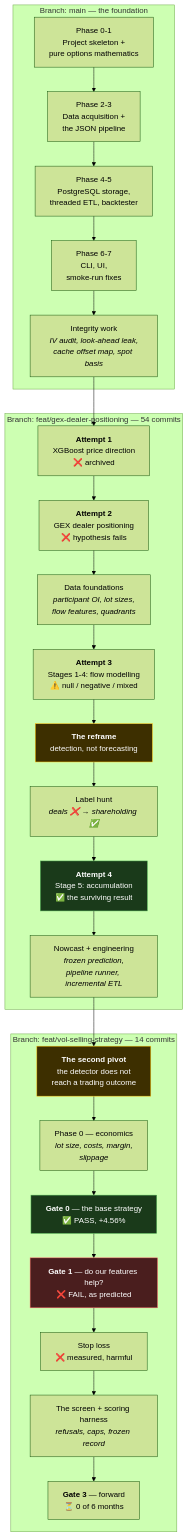
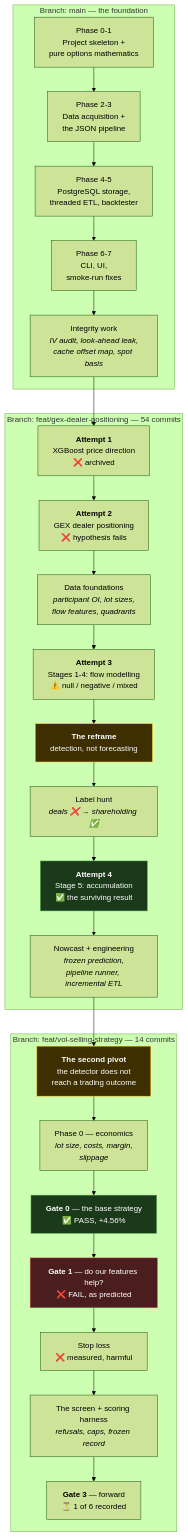
Before and after one commit to Yalt8826/MarketMomentum: the diagram in docs/understanding/v1/13-the-journey.md, drawn with Mermaid (forest theme). The commit also changed other lines of this file and 15 other files, not shown here.

````diff
--- a/docs/understanding/v1/13-the-journey.md
+++ b/docs/understanding/v1/13-the-journey.md
@@ -17,41 +17,41 @@
 ```mermaid
 flowchart TB
     subgraph MAIN["Branch: main — the foundation"]
         M0["Phase 0-1<br/>Project skeleton +<br/>pure options mathematics"]
         M1["Phase 2-3<br/>Data acquisition +<br/>the JSON pipeline"]
         M2["Phase 4-5<br/>PostgreSQL storage,<br/>threaded ETL, backtester"]
         M3["Phase 6-7<br/>CLI, UI,<br/>smoke-run fixes"]
         M4["Integrity work<br/><i>IV audit, look-ahead leak,<br/>cache offset map, spot basis</i>"]
     end
 
     subgraph BRANCH["Branch: feat/gex-dealer-positioning — 54 commits"]
         B1["<b>Attempt 1</b><br/>XGBoost price direction<br/>❌ archived"]
         B2["<b>Attempt 2</b><br/>GEX dealer positioning<br/>❌ hypothesis fails"]
         B3["Data foundations<br/><i>participant OI, lot sizes,<br/>flow features, quadrants</i>"]
         B4["<b>Attempt 3</b><br/>Stages 1-4: flow modelling<br/>⚠️ null / negative / mixed"]
         B5["<b>The reframe</b><br/>detection, not forecasting"]
         B6["Label hunt<br/><i>deals ❌ → shareholding ✅</i>"]
         B7["<b>Attempt 4</b><br/>Stage 5: accumulation<br/>✅ the surviving result"]
         B8["Nowcast + engineering<br/><i>frozen prediction,<br/>pipeline runner, incremental ETL</i>"]
     end
 
     subgraph TRADE["Branch: feat/vol-selling-strategy — 14 commits"]
         T0["<b>The second pivot</b><br/>the detector does not<br/>reach a trading outcome"]
         T1["Phase 0 — economics<br/><i>lot size, costs, margin,<br/>slippage</i>"]
         T2["<b>Gate 0</b> — the base strategy<br/>✅ PASS, +4.56%"]
         T3["<b>Gate 1</b> — do our features help?<br/>❌ FAIL, as predicted"]
         T4["Stop loss<br/>❌ measured, harmful"]
         T5["The screen + scoring harness<br/><i>refusals, caps, frozen record</i>"]
-        T6["<b>Gate 3</b> — forward<br/>⏳ 0 of 6 months"]
+        T6["<b>Gate 3</b> — forward<br/>⏳ 1 of 6 recorded"]
     end
 
     M0 --> M1 --> M2 --> M3 --> M4 --> B1
     B1 --> B2 --> B3 --> B4 --> B5 --> B6 --> B7 --> B8
     B8 --> T0 --> T1 --> T2 --> T3 --> T4 --> T5 --> T6
 
     style B7 fill:#1a3a1a,stroke:#4caf50,color:#fff
     style B5 fill:#3d2f00,stroke:#ffc107,color:#fff
     style T0 fill:#3d2f00,stroke:#ffc107,color:#fff
     style T2 fill:#1a3a1a,stroke:#4caf50,color:#fff
     style T3 fill:#4a1e1e,stroke:#ff6b6b,color:#fff
 ```
````
